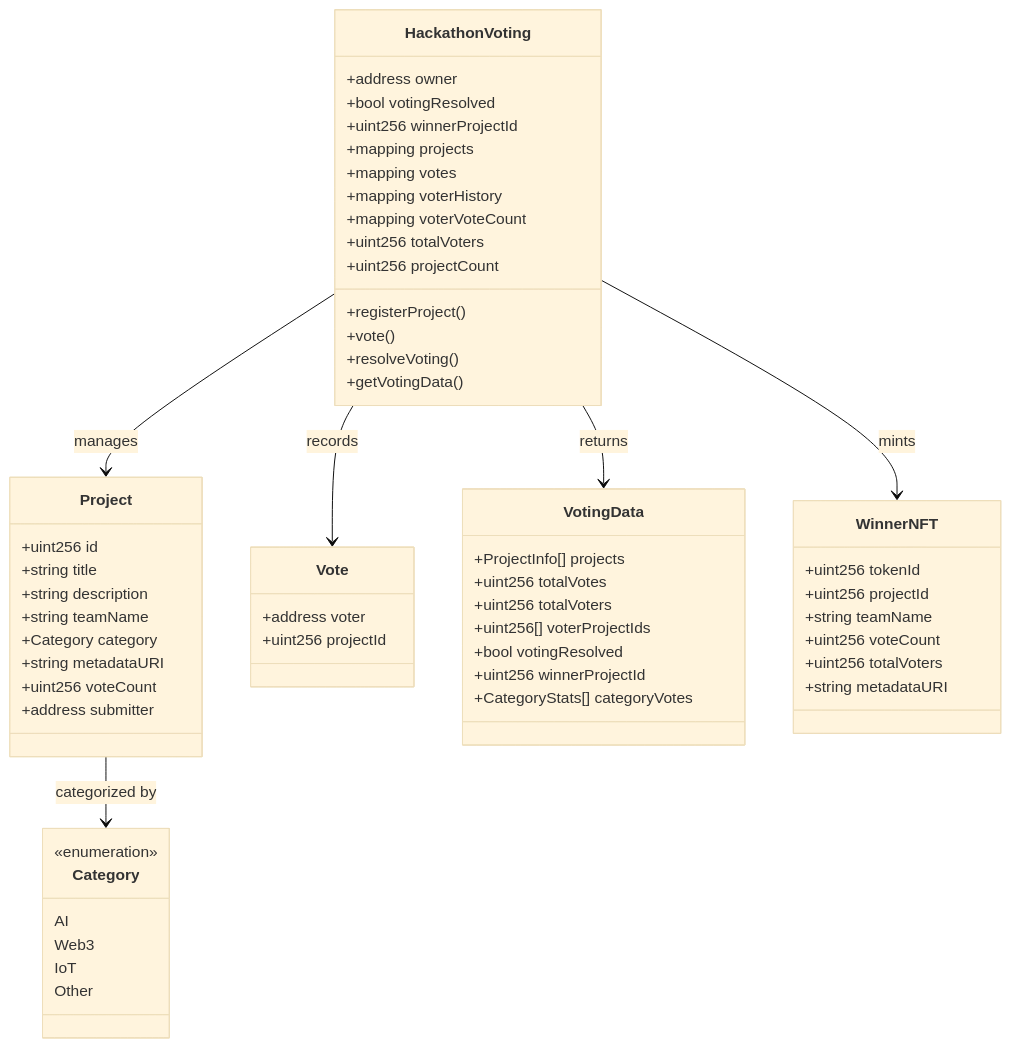
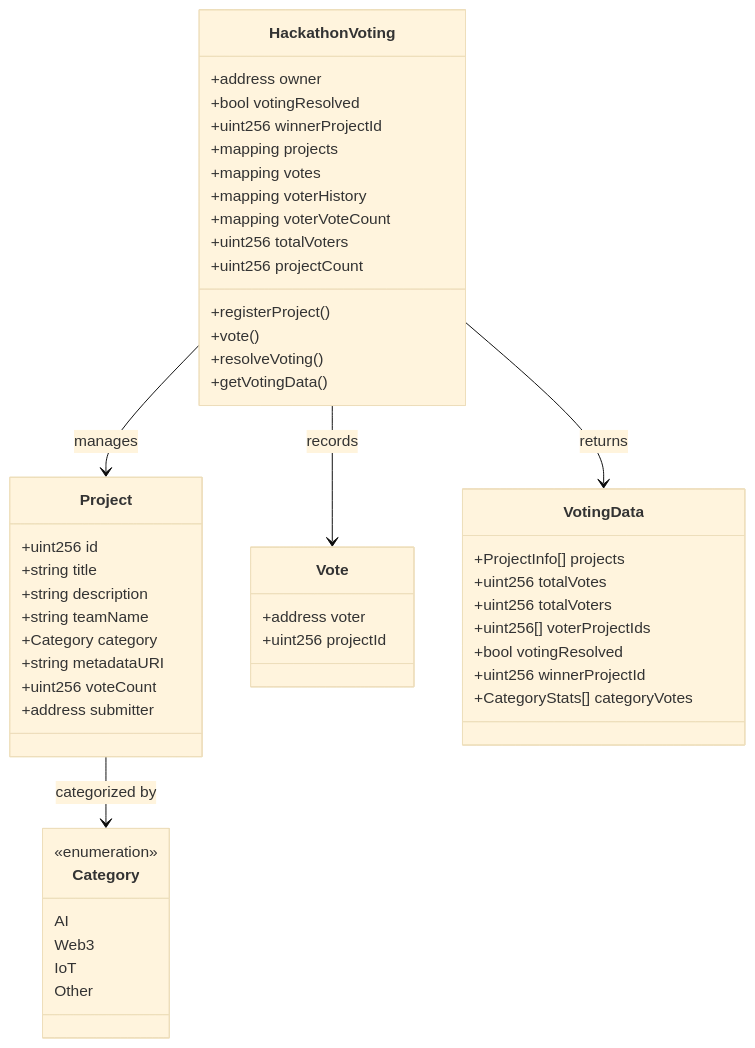
The first of 5 diagrams in SMART_CONTRACT_SPEC.md (communetxyz/Hackatsuon), drawn with Mermaid (base theme) before and after one commit. The commit also changed other lines of this file, not shown here.

First line of the commit message:
Refactor smart contract spec: remove NFT feature and simplify flows

````diff
--- a/SMART_CONTRACT_SPEC.md
+++ b/SMART_CONTRACT_SPEC.md
@@ -147,67 +144,57 @@
 ```mermaid
 classDiagram
     class HackathonVoting {
         +address owner
         +bool votingResolved
         +uint256 winnerProjectId
         +mapping projects
         +mapping votes
         +mapping voterHistory
         +mapping voterVoteCount
         +uint256 totalVoters
         +uint256 projectCount
         +registerProject()
         +vote()
         +resolveVoting()
         +getVotingData()
     }
     
     class Project {
         +uint256 id
         +string title
         +string description
         +string teamName
         +Category category
         +string metadataURI
         +uint256 voteCount
         +address submitter
     }
     
     class Vote {
         +address voter
         +uint256 projectId
     }
     
     class VotingData {
         +ProjectInfo[] projects
         +uint256 totalVotes
         +uint256 totalVoters
         +uint256[] voterProjectIds
         +bool votingResolved
         +uint256 winnerProjectId
         +CategoryStats[] categoryVotes
     }
     
-    class WinnerNFT {
-        +uint256 tokenId
-        +uint256 projectId
-        +string teamName
-        +uint256 voteCount
-        +uint256 totalVoters
-        +string metadataURI
-    }
-    
     class Category {
         <<enumeration>>
         AI
         Web3
         IoT
         Other
     }
     
     HackathonVoting --> Project : manages
     HackathonVoting --> Vote : records
     HackathonVoting --> VotingData : returns
-    HackathonVoting --> WinnerNFT : mints
     Project --> Category : categorized by
 ```
````
